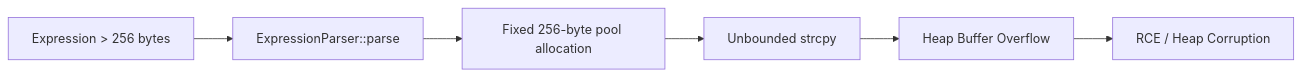
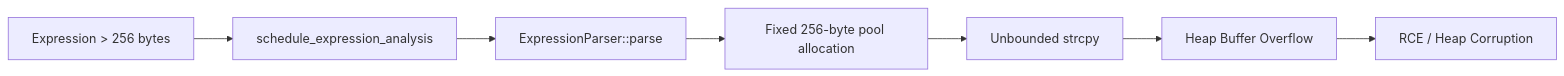
Before and after one commit to DaWasteh/SuperCalc-Sicherheitsbenchmark: the ninth of 20 diagrams in enhanced_exploits.md, drawn with Mermaid. The commit also changed other lines of this file and 31 other files, not shown here.

````diff
--- a/enhanced_exploits.md
+++ b/enhanced_exploits.md
@@ -249,8 +253,9 @@
 ```mermaid
 flowchart LR
-  A[Expression > 256 bytes] --> B[ExpressionParser::parse]
-  B --> C[Fixed 256-byte pool allocation]
-  C --> D[Unbounded strcpy]
-  D --> E[Heap Buffer Overflow]
-  E --> F[RCE / Heap Corruption]
+  A[Expression > 256 bytes] --> B[schedule_expression_analysis]
+  B --> C[ExpressionParser::parse]
+  C --> D[Fixed 256-byte pool allocation]
+  D --> E[Unbounded strcpy]
+  E --> F[Heap Buffer Overflow]
+  F --> G[RCE / Heap Corruption]
 ```
````
